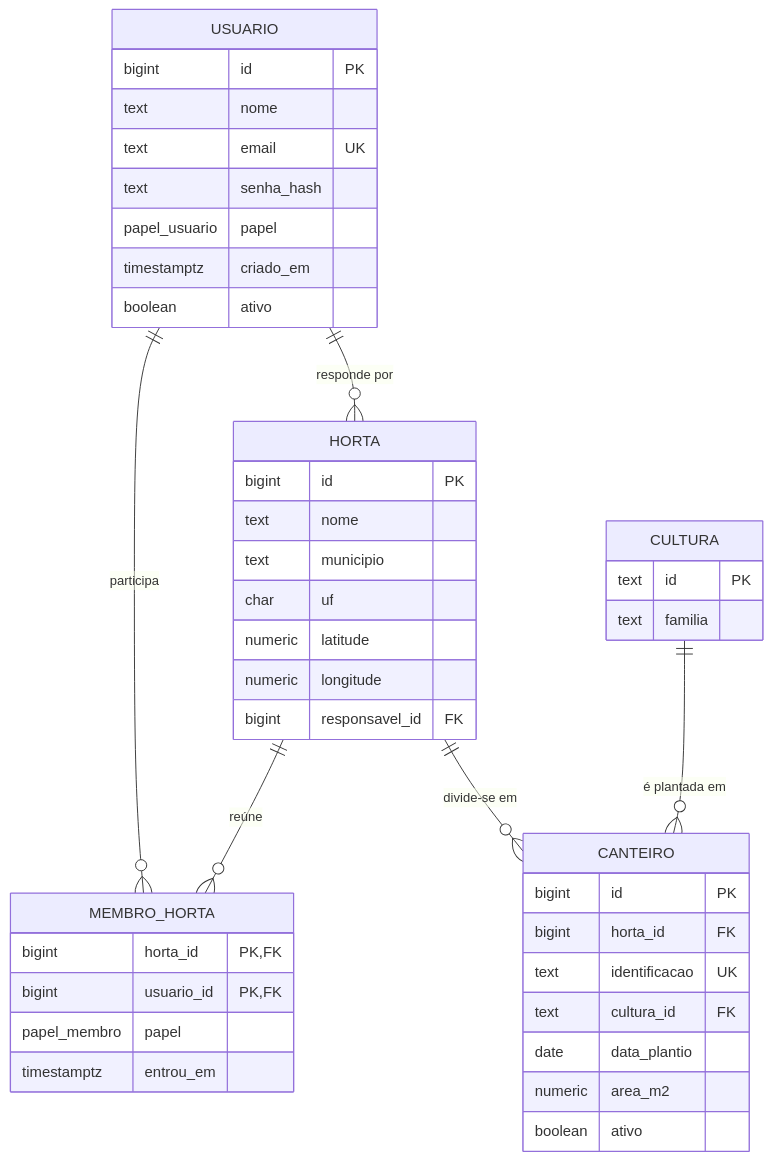
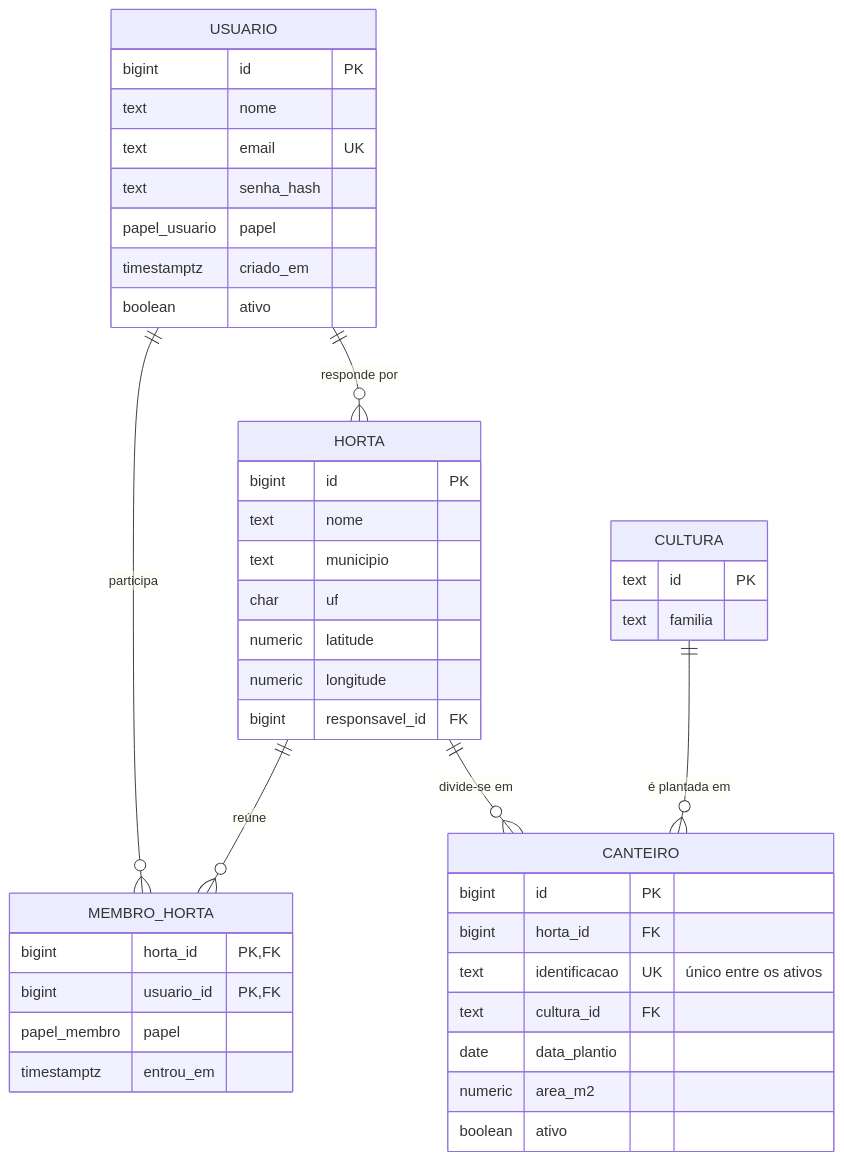
The second of 3 diagrams in docs/modelo-de-dados.md (gabicaldana/AgroScan2), drawn with Mermaid before and after one commit. The commit also changed other lines of this file and 4 other files, not shown here.

````diff
--- a/docs/modelo-de-dados.md
+++ b/docs/modelo-de-dados.md
@@ -159,46 +159,46 @@
 ```mermaid
 erDiagram
     USUARIO ||--o{ HORTA : "responde por"
     USUARIO ||--o{ MEMBRO_HORTA : "participa"
     HORTA ||--o{ MEMBRO_HORTA : "reúne"
     HORTA ||--o{ CANTEIRO : "divide-se em"
     CULTURA ||--o{ CANTEIRO : "é plantada em"
 
     USUARIO {
         bigint id PK
         text nome
         text email UK
         text senha_hash
         papel_usuario papel
         timestamptz criado_em
         boolean ativo
     }
     HORTA {
         bigint id PK
         text nome
         text municipio
         char uf
         numeric latitude
         numeric longitude
         bigint responsavel_id FK
     }
     MEMBRO_HORTA {
         bigint horta_id PK,FK
         bigint usuario_id PK,FK
         papel_membro papel
         timestamptz entrou_em
     }
     CANTEIRO {
         bigint id PK
         bigint horta_id FK
-        text identificacao UK
+        text identificacao UK "único entre os ativos"
         text cultura_id FK
         date data_plantio
         numeric area_m2
         boolean ativo
     }
     CULTURA {
         text id PK
         text familia
     }
 ```
````
